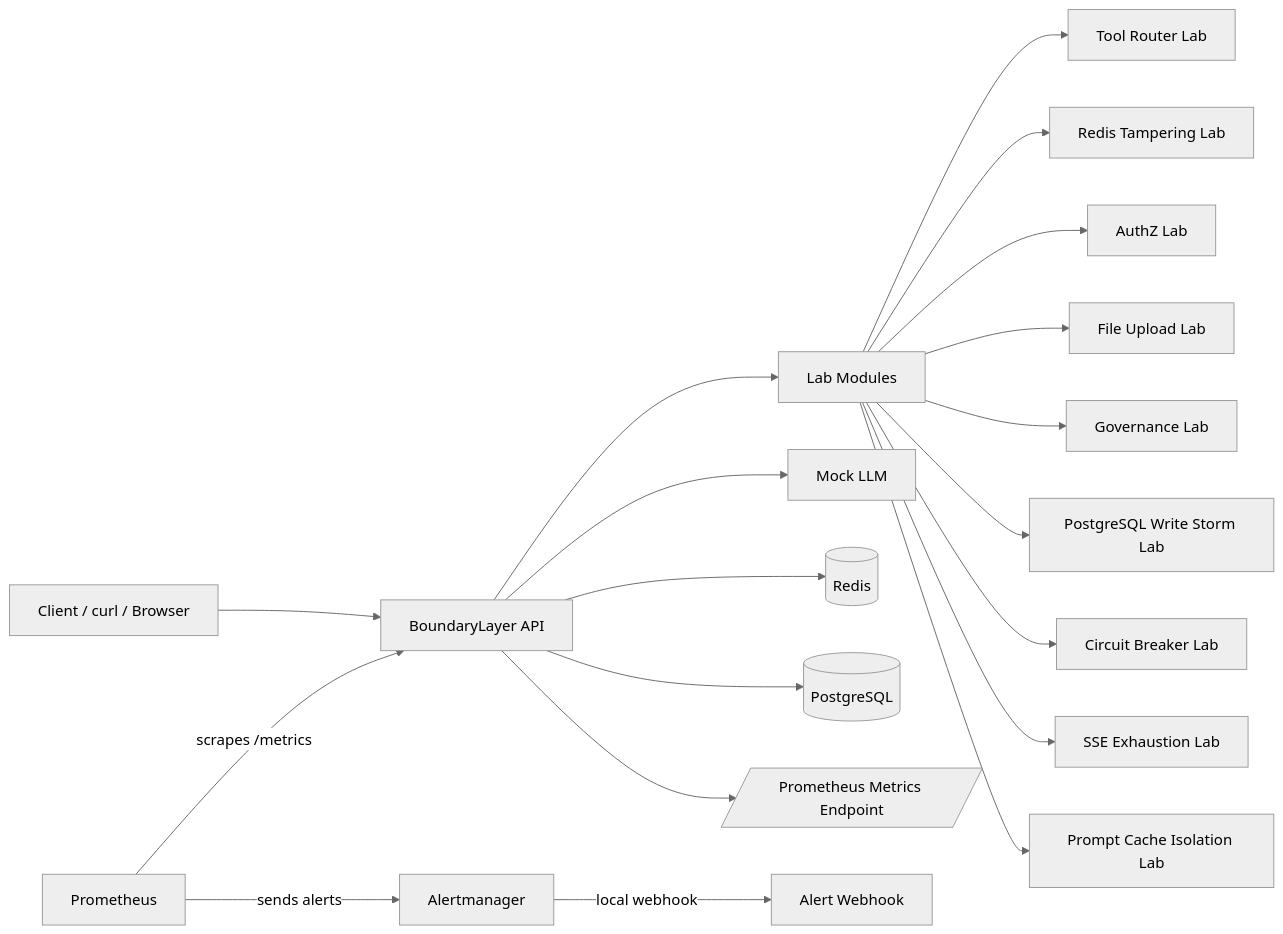
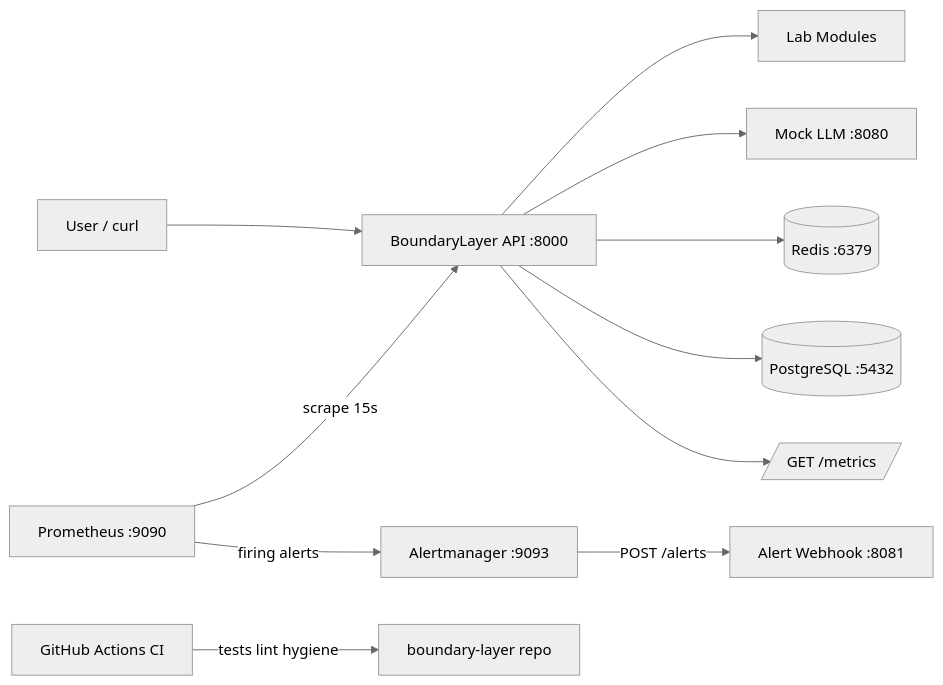
The first of 13 diagrams in docs/DIAGRAMS.md (codethor0/boundary-layer), drawn with Mermaid (neutral theme) before and after one commit. The commit also changed other lines of this file and 17 other files, not shown here.

````diff
--- a/docs/DIAGRAMS.md
+++ b/docs/DIAGRAMS.md
@@ -9,23 +9,15 @@
 ```mermaid
 flowchart LR
-    Client[Client / curl / Browser] --> API[BoundaryLayer API]
+    User[User / curl] --> API[BoundaryLayer API :8000]
     API --> Labs[Lab Modules]
-    API --> MockLLM[Mock LLM]
-    API --> Redis[(Redis)]
-    API --> Postgres[(PostgreSQL)]
-    API --> Metrics[/Prometheus Metrics Endpoint/]
+    API --> MockLLM[Mock LLM :8080]
+    API --> Redis[(Redis :6379)]
+    API --> Postgres[(PostgreSQL :5432)]
+    API --> Metrics[/GET /metrics/]
 
-    Prometheus[Prometheus] -->|scrapes /metrics| API
-    Prometheus -->|sends alerts| Alertmanager[Alertmanager]
-    Alertmanager -->|local webhook| Webhook[Alert Webhook]
+    Prometheus[Prometheus :9090] -->|scrape 15s| API
+    Prometheus -->|firing alerts| AM[Alertmanager :9093]
+    AM -->|POST /alerts| Hook[Alert Webhook :8081]
 
-    Labs --> ToolRouter[Tool Router Lab]
-    Labs --> RedisLab[Redis Tampering Lab]
-    Labs --> AuthZ[AuthZ Lab]
-    Labs --> FileUpload[File Upload Lab]
-    Labs --> Governance[Governance Lab]
-    Labs --> WriteStorm[PostgreSQL Write Storm Lab]
-    Labs --> CircuitBreaker[Circuit Breaker Lab]
-    Labs --> SSE[SSE Exhaustion Lab]
-    Labs --> PromptCache[Prompt Cache Isolation Lab]
+    GH[GitHub Actions CI] -->|tests lint hygiene| Repo[boundary-layer repo]
 ```
````
